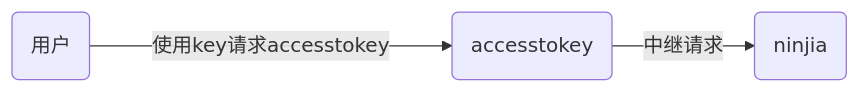
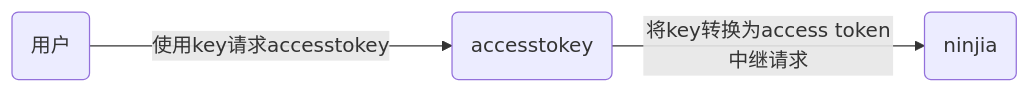
One commit to wu-shanglin/accessToken-to-apiKey changed the first of 2 diagrams in README.md. Above: the diagram before and after it, drawn with Mermaid. The commit also changed other lines of this file, not shown here.

````diff
--- a/README.md
+++ b/README.md
@@ -50,7 +50,7 @@
 ```mermaid
 graph LR
 
     A(用户) --->|使用key请求accesstokey| B(accesstokey)
-    B -->|中继请求| C(ninjia)
+    B -->|将key转换为access token中继请求| C(ninjia)
 
 ```
````
